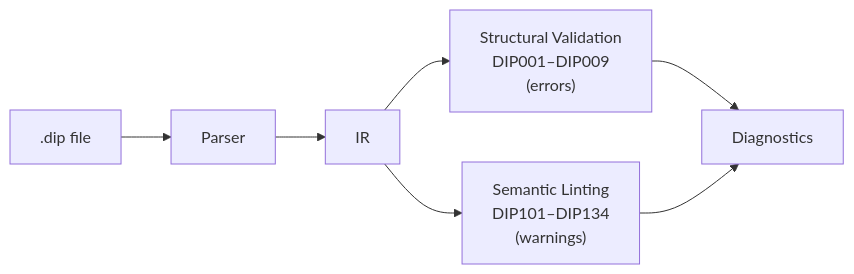
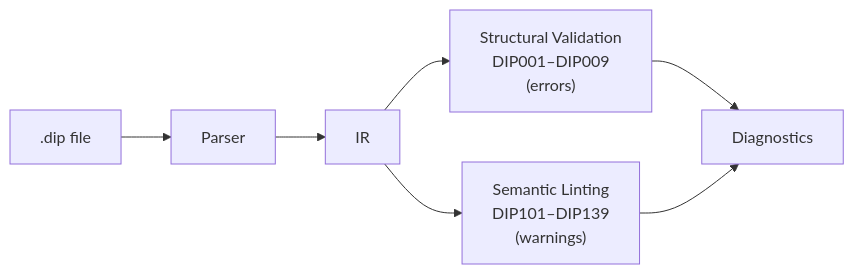
The diagram in docs/validation.md (2389-research/dippin-lang), drawn with Mermaid before and after one commit. The commit also changed other lines of this file and 4 other files, not shown here.

````diff
--- a/docs/validation.md
+++ b/docs/validation.md
@@ -10,9 +10,9 @@
 ```mermaid
 graph LR
     SRC[".dip file"] --> PARSE["Parser"]
     PARSE --> IR["IR"]
     IR --> VAL["Structural Validation<br>DIP001–DIP009<br>(errors)"]
-    IR --> LINT["Semantic Linting<br>DIP101–DIP134<br>(warnings)"]
+    IR --> LINT["Semantic Linting<br>DIP101–DIP139<br>(warnings)"]
     VAL --> DIAG["Diagnostics"]
     LINT --> DIAG
 ```
````
